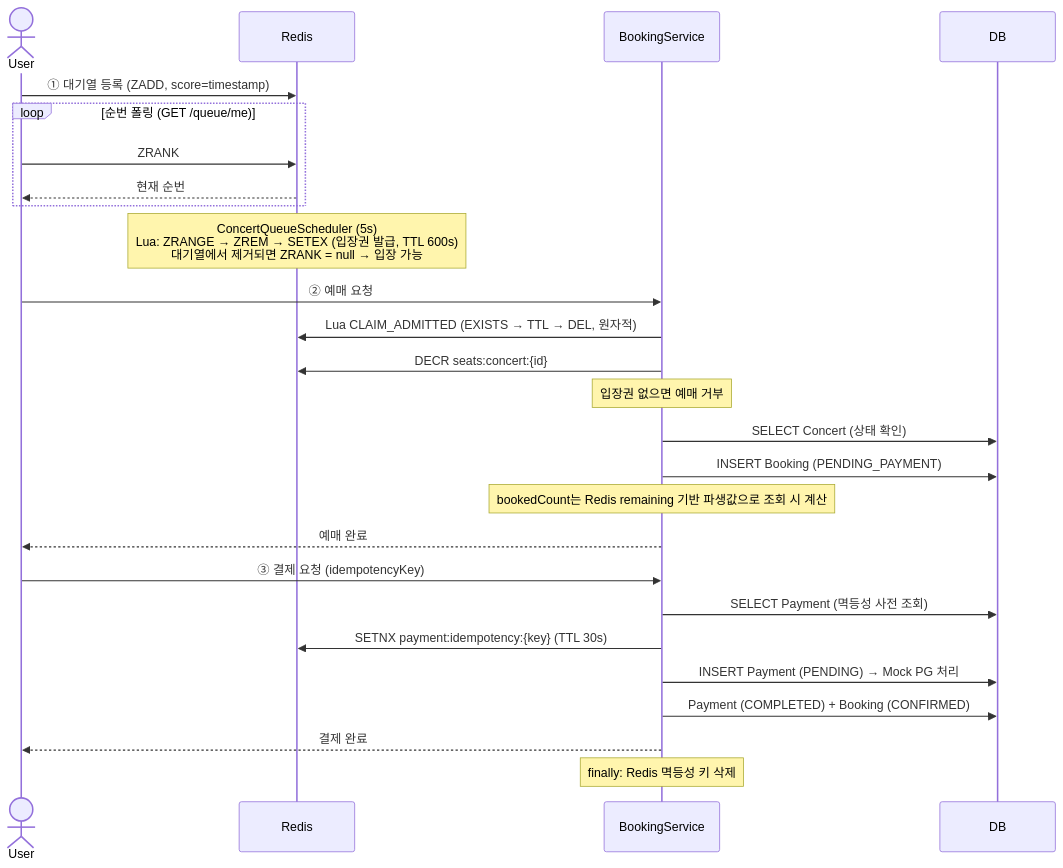
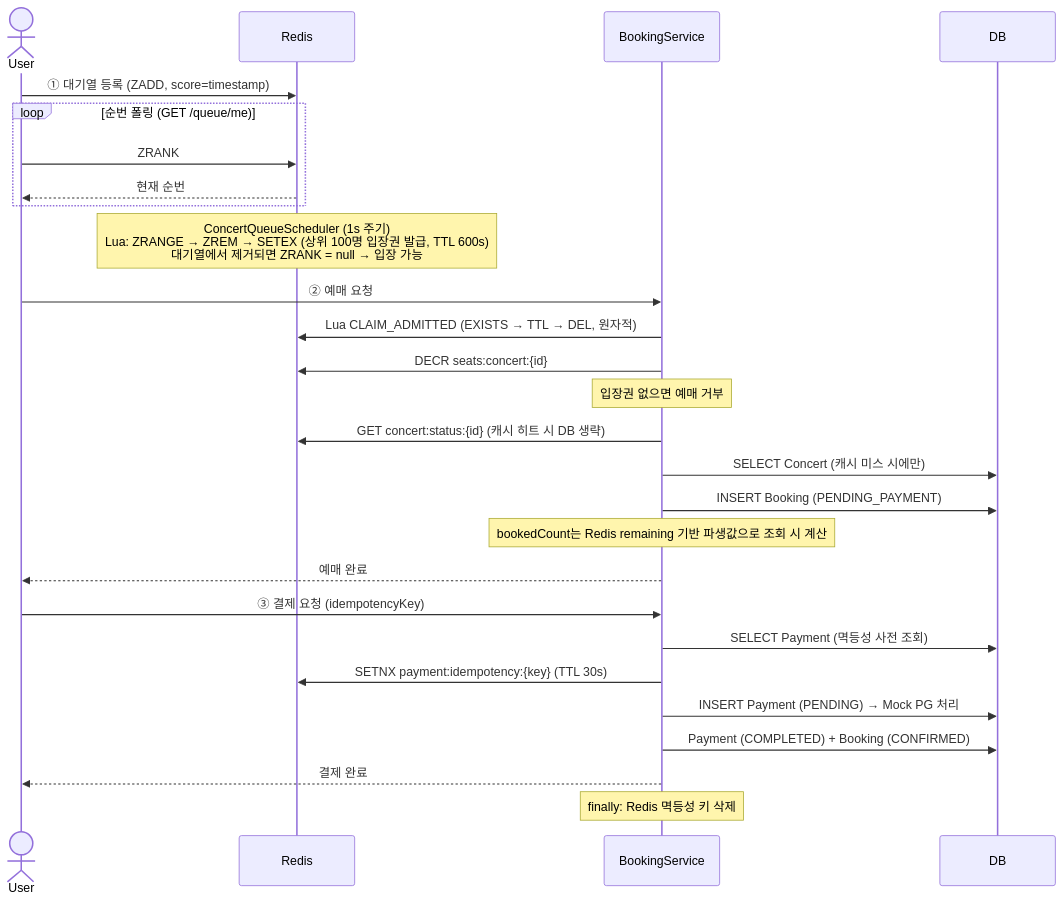
Before and after one commit to hak0622/ticketflow: the first of 2 diagrams in README.md, drawn with Mermaid. The commit also changed other lines of this file and 2 other files, not shown here.

````diff
--- a/README.md
+++ b/README.md
@@ -150,33 +196,34 @@
 ```mermaid
 sequenceDiagram
     actor User
     participant Redis
     participant BookingService
     participant DB
 
     User->>Redis: ① 대기열 등록 (ZADD, score=timestamp)
 
     loop 순번 폴링 (GET /queue/me)
         User->>Redis: ZRANK
         Redis-->>User: 현재 순번
     end
 
-    Note over Redis: ConcertQueueScheduler (5s)<br/>Lua: ZRANGE → ZREM → SETEX (입장권 발급, TTL 600s)<br/>대기열에서 제거되면 ZRANK = null → 입장 가능
+    Note over Redis: ConcertQueueScheduler (1s 주기)<br/>Lua: ZRANGE → ZREM → SETEX (상위 100명 입장권 발급, TTL 600s)<br/>대기열에서 제거되면 ZRANK = null → 입장 가능
 
     User->>BookingService: ② 예매 요청
     BookingService->>Redis: Lua CLAIM_ADMITTED (EXISTS → TTL → DEL, 원자적)
     BookingService->>Redis: DECR seats:concert:{id}
     Note over BookingService: 입장권 없으면 예매 거부
-    BookingService->>DB: SELECT Concert (상태 확인)
+    BookingService->>Redis: GET concert:status:{id} (캐시 히트 시 DB 생략)
+    BookingService->>DB: SELECT Concert (캐시 미스 시에만)
     BookingService->>DB: INSERT Booking (PENDING_PAYMENT)
     Note over BookingService: bookedCount는 Redis remaining 기반 파생값으로 조회 시 계산
     BookingService-->>User: 예매 완료
 
     User->>BookingService: ③ 결제 요청 (idempotencyKey)
     BookingService->>DB: SELECT Payment (멱등성 사전 조회)
     BookingService->>Redis: SETNX payment:idempotency:{key} (TTL 30s)
     BookingService->>DB: INSERT Payment (PENDING) → Mock PG 처리
     BookingService->>DB: Payment (COMPLETED) + Booking (CONFIRMED)
     BookingService-->>User: 결제 완료
     Note over BookingService: finally: Redis 멱등성 키 삭제
 ```
````
